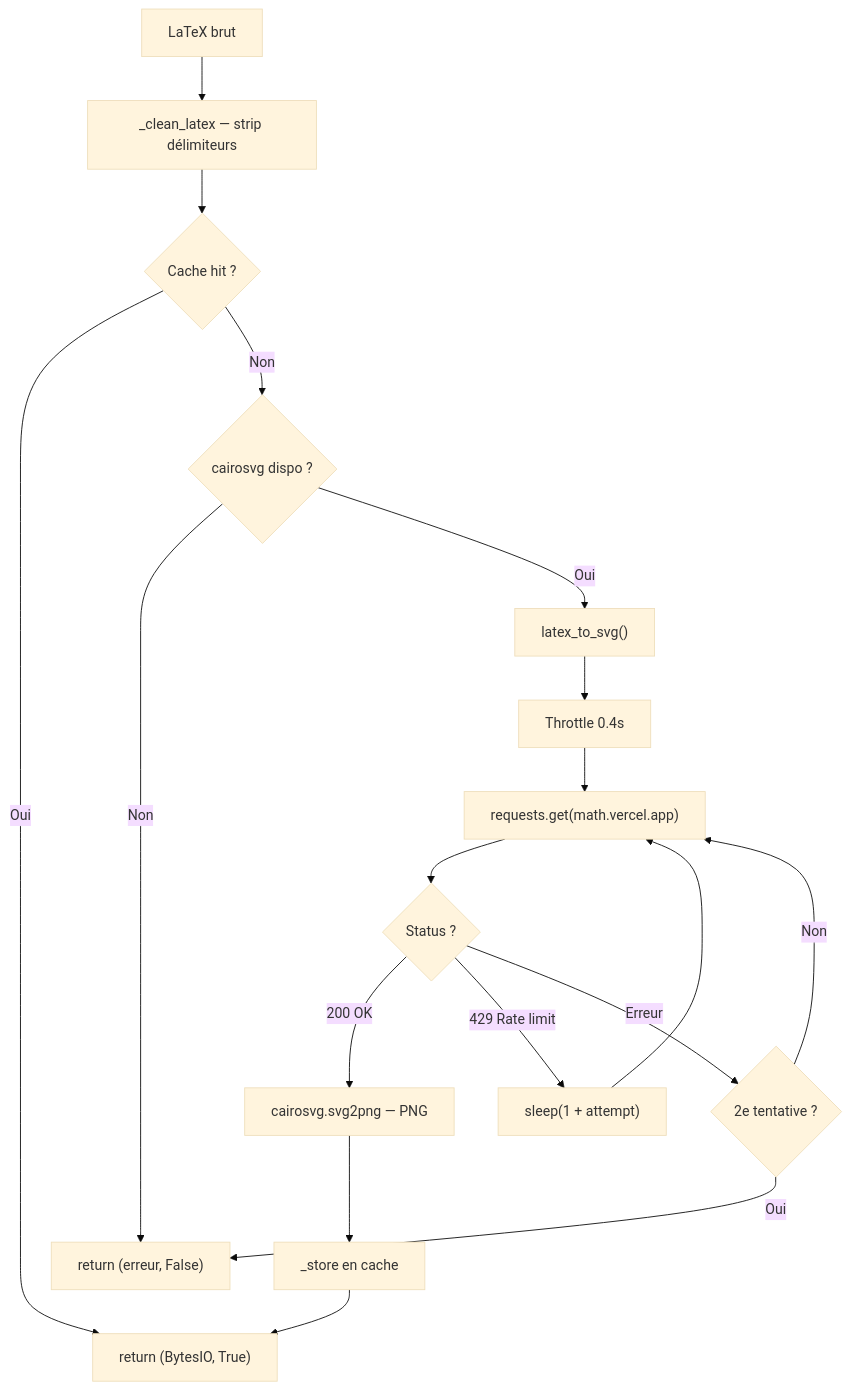
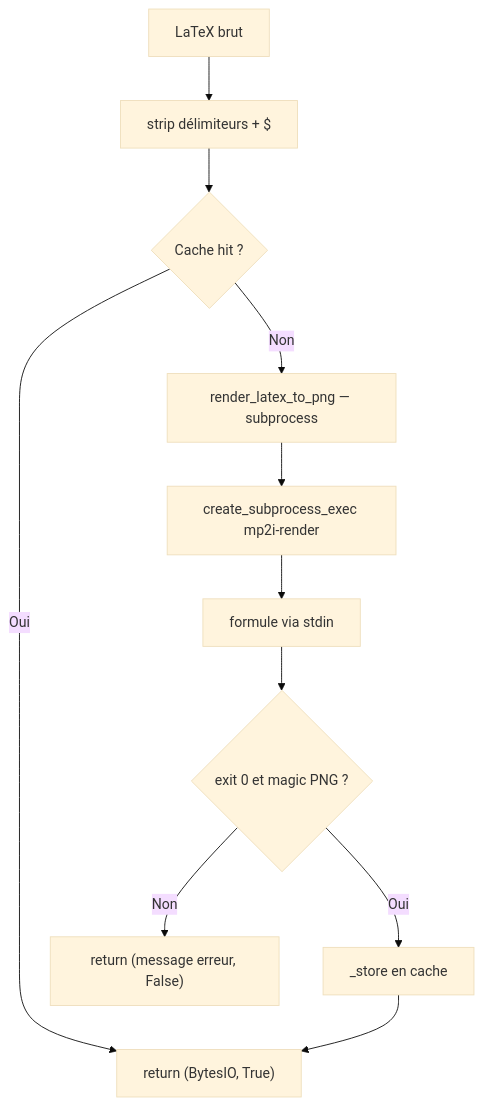
One commit to Elnix90/MP2I changed the third of 4 diagrams in docs/handlers.md. Above: the diagram before and after it, drawn with Mermaid (base theme). The commit also changed other lines of this file and 13 other files, not shown here.

Commit message:
feat: replace math.vercel.app wrapper by RaTeX wrapper

````diff
--- a/docs/handlers.md
+++ b/docs/handlers.md
@@ -167,20 +166,13 @@
 ```mermaid
 flowchart TD
-    A[LaTeX brut] --> B[_clean_latex — strip délimiteurs]
+    A[LaTeX brut] --> B[strip délimiteurs + $]
     B --> C{Cache hit ?}
     C -->|Oui| D["return (BytesIO, True)"]
-    C -->|Non| E{cairosvg dispo ?}
-    E -->|Non| F["return (erreur, False)"]
-    E -->|Oui| G["latex_to_svg()"]
-    G --> H[Throttle 0.4s]
-    H --> I["requests.get(math.vercel.app)"]
-    I --> J{Status ?}
-    J -->|"200 OK"| K[cairosvg.svg2png — PNG]
-    K --> L[_store en cache]
-    L --> D
-    J -->|"429 Rate limit"| M["sleep(1 + attempt)"]
-    M --> I
-    J -->|Erreur| N{2e tentative ?}
-    N -->|Oui| F
-    N -->|Non| I
+    C -->|Non| E[render_latex_to_png — subprocess]
+    E --> F[create_subprocess_exec mp2i-render]
+    F --> G[formule via stdin]
+    G --> H{exit 0 et magic PNG ?}
+    H -->|Oui| I[_store en cache]
+    I --> D
+    H -->|Non| J["return (message erreur, False)"]
 ```
````
